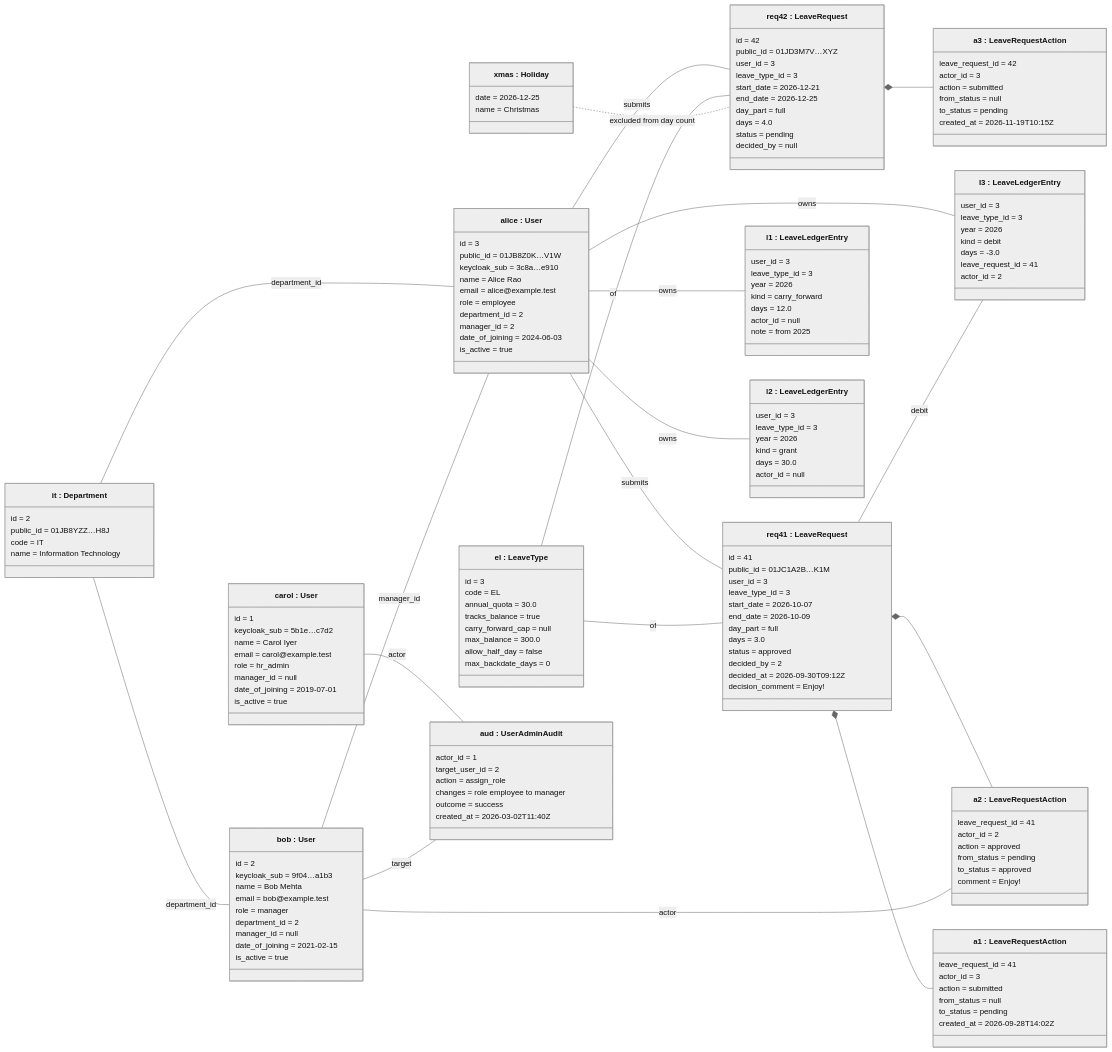
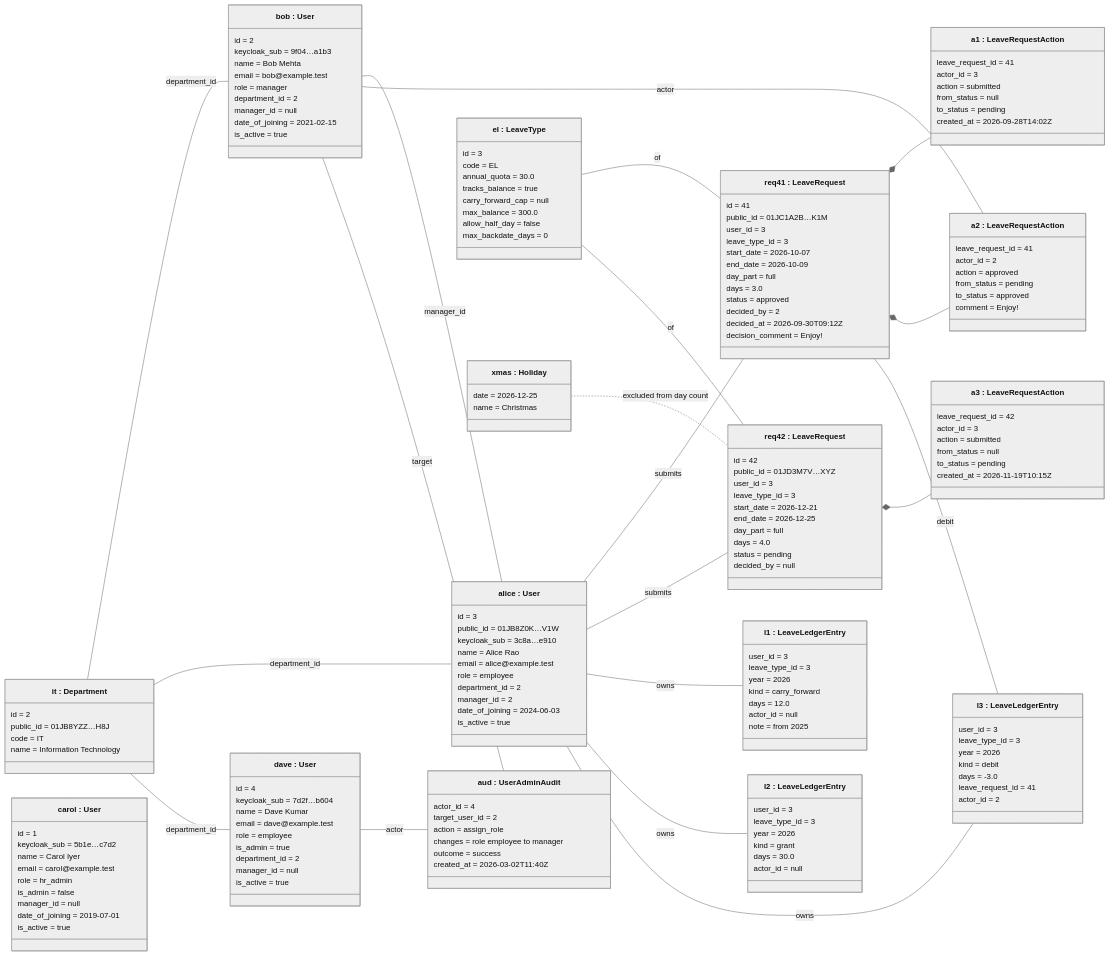
Before and after one commit to heyadityak/lms: the diagram in docs/diagrams/04-object-diagram.md, drawn with Mermaid (neutral theme). The commit also changed other lines of this file and 49 other files, not shown here.

````diff
--- a/docs/diagrams/04-object-diagram.md
+++ b/docs/diagrams/04-object-diagram.md
@@ -34,8 +34,20 @@
         name = Carol Iyer
         email = carol@example.test
         role = hr_admin
+        is_admin = false
         manager_id = null
         date_of_joining = 2019-07-01
+        is_active = true
+    }
+    class dave["dave : User"] {
+        id = 4
+        keycloak_sub = 7d2f…b604
+        name = Dave Kumar
+        email = dave@example.test
+        role = employee
+        is_admin = true
+        department_id = 2
+        manager_id = null
         is_active = true
     }
     class bob["bob : User"] {
@@ -152,7 +164,7 @@
         actor_id = 2
     }
     class aud["aud : UserAdminAudit"] {
-        actor_id = 1
+        actor_id = 4
         target_user_id = 2
         action = assign_role
         changes = role employee to manager
@@ -162,6 +174,7 @@
 
     it -- bob : department_id
     it -- alice : department_id
+    it -- dave : department_id
     bob -- alice : manager_id
     alice -- req41 : submits
     alice -- req42 : submits
@@ -176,6 +189,6 @@
     alice -- l3 : owns
     req41 -- l3 : debit
     xmas .. req42 : excluded from day count
-    carol -- aud : actor
+    dave -- aud : actor
     bob -- aud : target
 ```
````
